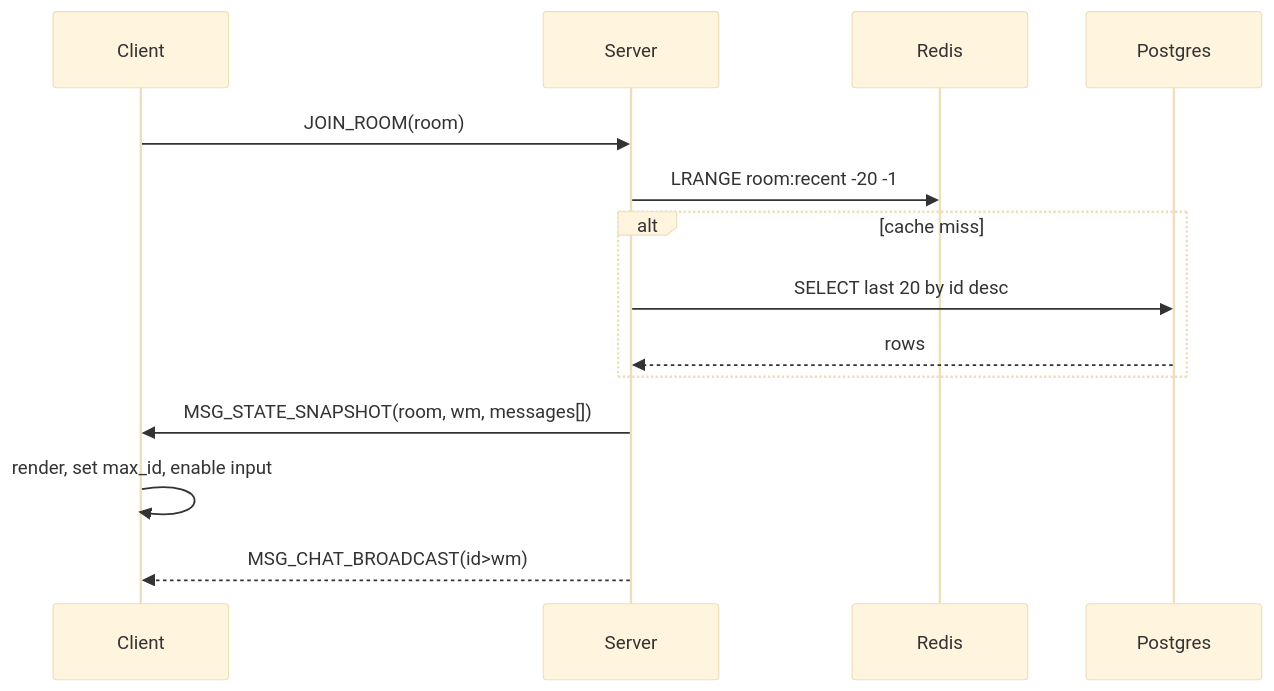
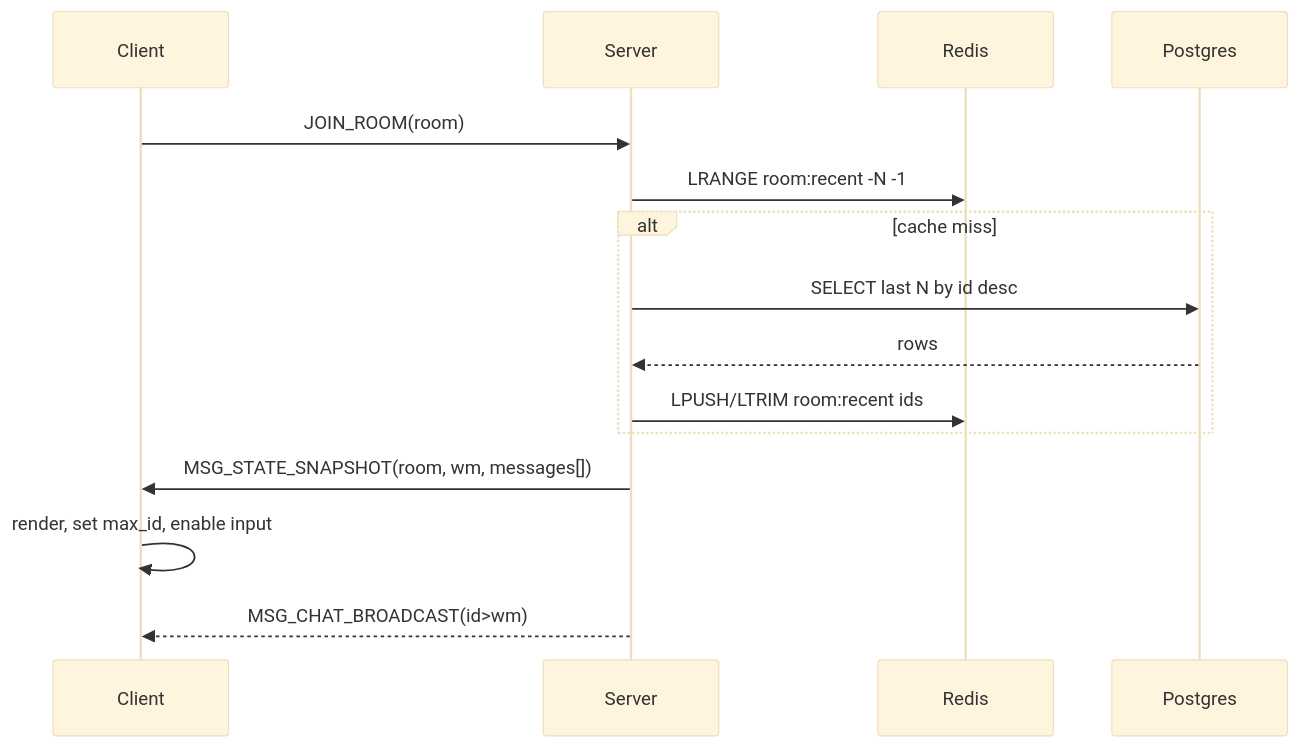
Before and after one commit to Ayumudayo/Knights: the diagram in docs/chat/sequence-join.md, drawn with Mermaid (base theme). The commit also changed other lines of this file and 22 other files, not shown here.

````diff
--- a/docs/chat/sequence-join.md
+++ b/docs/chat/sequence-join.md
@@ -23,17 +22,18 @@
 ```mermaid
 sequenceDiagram
   participant C as Client
   participant S as Server
   participant R as Redis
   participant P as Postgres
 
   C->>S: JOIN_ROOM(room)
-  S->>R: LRANGE room:recent -20 -1
+  S->>R: LRANGE room:recent -N -1
   alt cache miss
-    S->>P: SELECT last 20 by id desc
+    S->>P: SELECT last N by id desc
     P-->>S: rows
+    S->>R: LPUSH/LTRIM room:recent ids
   end
   S->>C: MSG_STATE_SNAPSHOT(room, wm, messages[])
   C->>C: render, set max_id, enable input
   S-->>C: MSG_CHAT_BROADCAST(id>wm)
 ```
````
